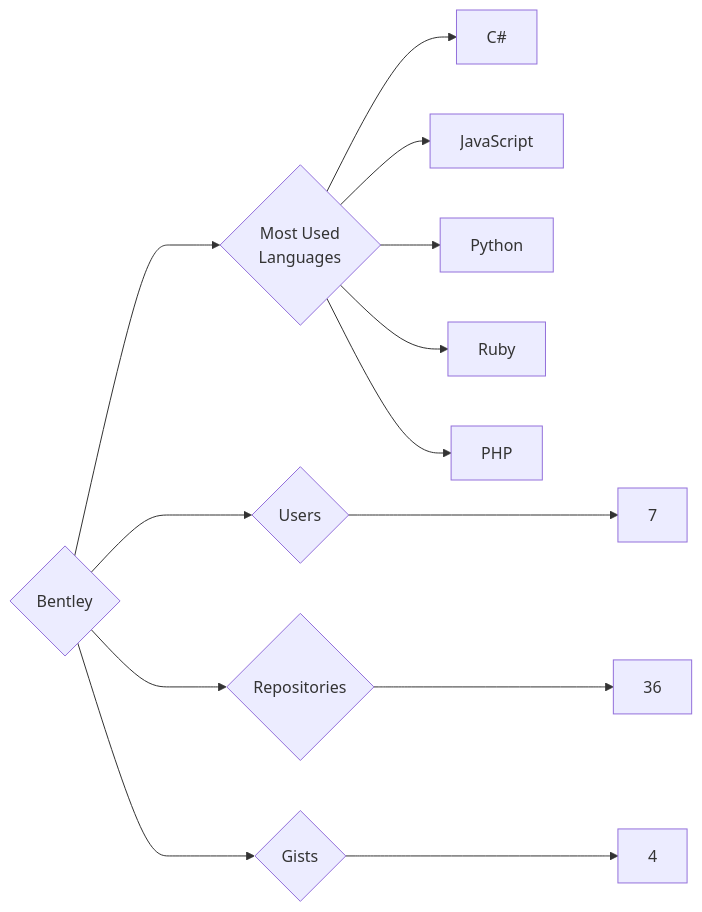
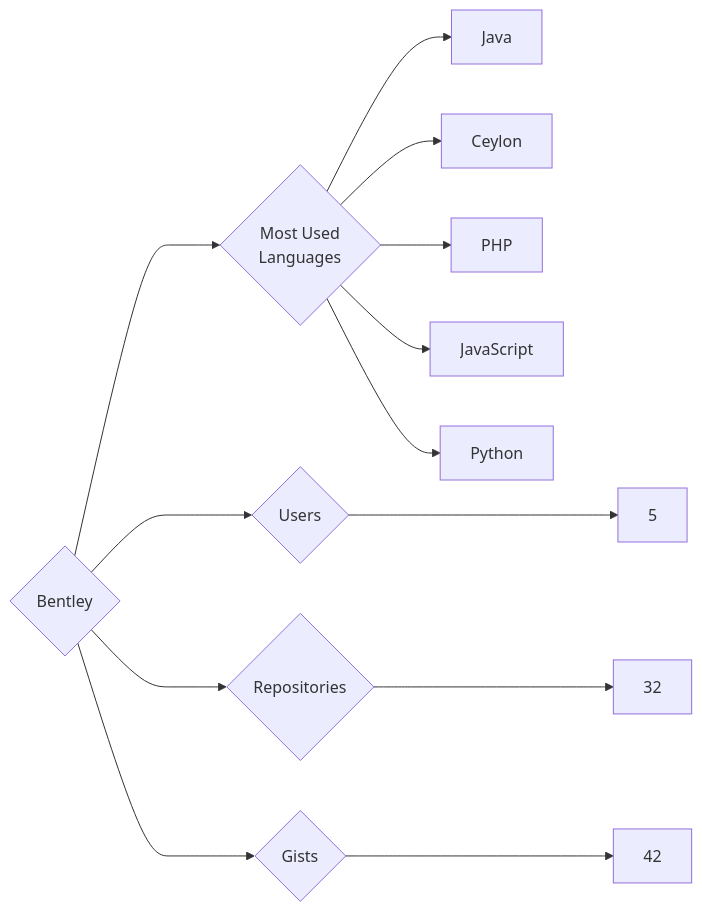
Before and after one commit to trickest/insiders: the diagram in targets/Bentley/README.md, drawn with Mermaid. The commit also changed 1167 other files, not shown here.

````diff
--- a/targets/Bentley/README.md
+++ b/targets/Bentley/README.md
@@ -3,13 +3,13 @@
 ```mermaid
 graph LR
 COMPANY_NAME{Bentley}
-COMPANY_NAME ---> U{Users} ---> UN[7]
-COMPANY_NAME ---> R{Repositories} ---> RN[36]
-COMPANY_NAME ---> G{Gists} ---> GN[4]
+COMPANY_NAME ---> U{Users} ---> UN[5]
+COMPANY_NAME ---> R{Repositories} ---> RN[32]
+COMPANY_NAME ---> G{Gists} ---> GN[42]
 COMPANY_NAME ---> ML{Most Used<br>Languages}
-ML --> C#[C#]
+ML --> Java[Java]
+ML --> Ceylon[Ceylon]
+ML --> PHP[PHP]
 ML --> JavaScript[JavaScript]
 ML --> Python[Python]
-ML --> Ruby[Ruby]
-ML --> PHP[PHP]
 ```
````
